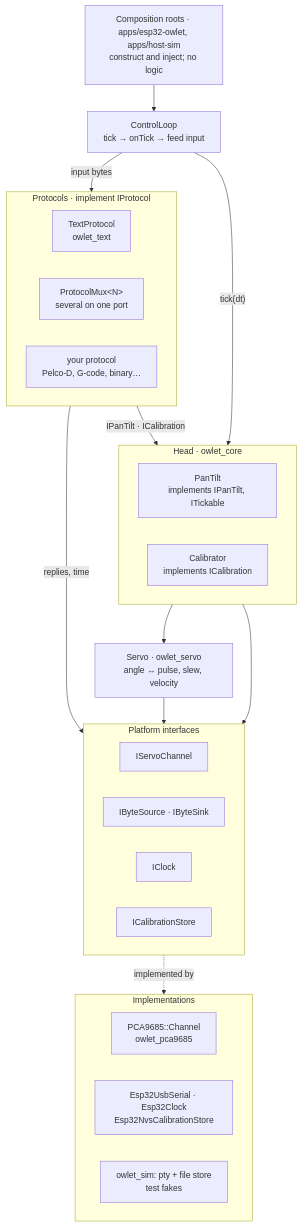
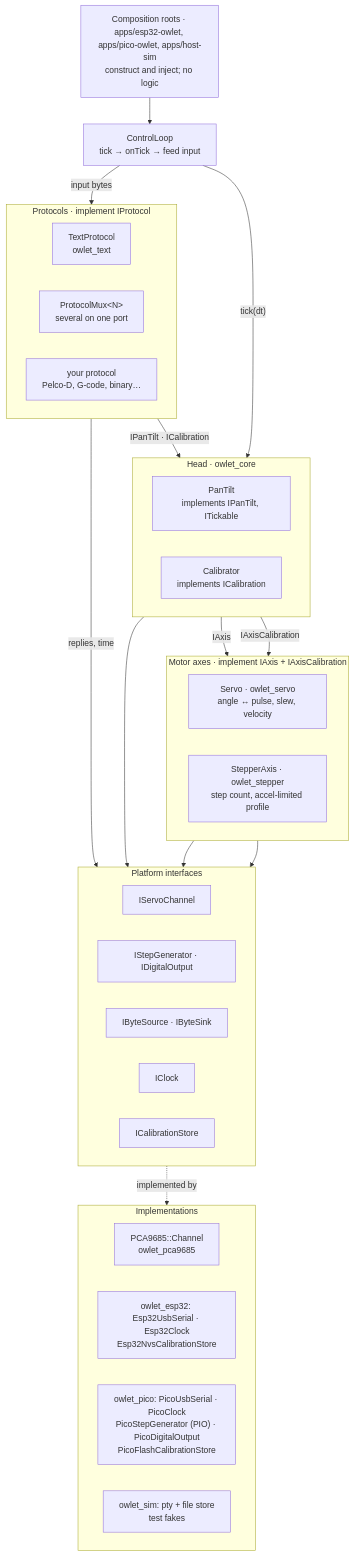
Before and after one commit to Mrunmoy/owlet: the diagram in docs/DESIGN.md, drawn with Mermaid. The commit also changed other lines of this file and 8 other files, not shown here.

````diff
--- a/docs/DESIGN.md
+++ b/docs/DESIGN.md
@@ -52,44 +78,53 @@
 ```mermaid
 flowchart TB
-    APP["Composition roots · apps/esp32-owlet, apps/host-sim<br/>construct and inject; no logic"]
+    APP["Composition roots · apps/esp32-owlet, apps/pico-owlet, apps/host-sim<br/>construct and inject; no logic"]
     LOOP["ControlLoop<br/>tick → onTick → feed input"]
 
     subgraph PROTOS["Protocols · implement IProtocol"]
         direction LR
         TEXT["TextProtocol<br/>owlet_text"]
         MUX["ProtocolMux#lt;N#gt;<br/>several on one port"]
         YOURS["your protocol<br/>Pelco-D, G-code, binary…"]
     end
 
     subgraph HEAD["Head · owlet_core"]
         direction LR
         PT["PanTilt<br/>implements IPanTilt, ITickable"]
         CALIB["Calibrator<br/>implements ICalibration"]
     end
 
-    SERVO["Servo · owlet_servo<br/>angle ↔ pulse, slew, velocity"]
+    subgraph AXES["Motor axes · implement IAxis + IAxisCalibration"]
+        direction LR
+        SERVO["Servo · owlet_servo<br/>angle ↔ pulse, slew, velocity"]
+        STEPPER["StepperAxis · owlet_stepper<br/>step count, accel-limited profile"]
+    end
 
     subgraph PORTS["Platform interfaces"]
         direction LR
         CH["IServoChannel"]
+        GEN["IStepGenerator · IDigitalOutput"]
         IO["IByteSource · IByteSink"]
         CLK["IClock"]
         STO["ICalibrationStore"]
     end
 
     subgraph IMPL["Implementations"]
         direction LR
         PCA["PCA9685::Channel<br/>owlet_pca9685"]
-        ESP["Esp32UsbSerial · Esp32Clock<br/>Esp32NvsCalibrationStore"]
+        ESP["owlet_esp32: Esp32UsbSerial · Esp32Clock<br/>Esp32NvsCalibrationStore"]
+        PICO["owlet_pico: PicoUsbSerial · PicoClock<br/>PicoStepGenerator (PIO) · PicoDigitalOutput<br/>PicoFlashCalibrationStore"]
         SIM["owlet_sim: pty + file store<br/>test fakes"]
     end
 
     APP --> LOOP
     LOOP -->|"input bytes"| PROTOS
     LOOP -->|"tick(dt)"| PT
     PROTOS -->|"IPanTilt · ICalibration"| HEAD
     PROTOS -->|"replies, time"| PORTS
-    PT --> SERVO --> CH
+    PT -->|"IAxis"| AXES
+    CALIB -->|"IAxisCalibration"| AXES
+    SERVO --> CH
+    STEPPER --> GEN
     CALIB --> STO
     PORTS -.->|"implemented by"| IMPL
 ```
````
